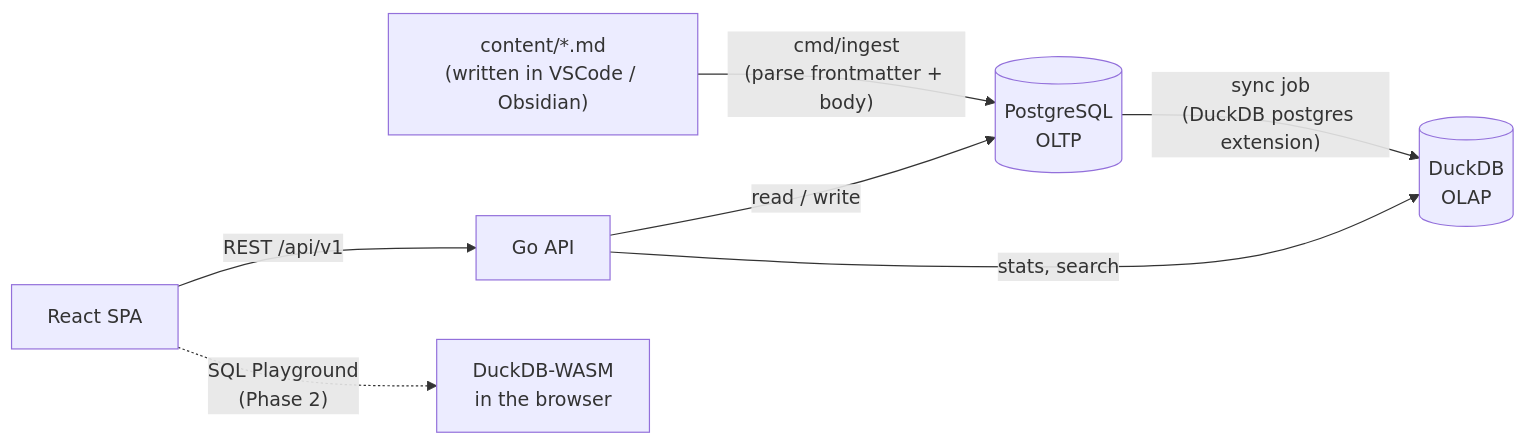
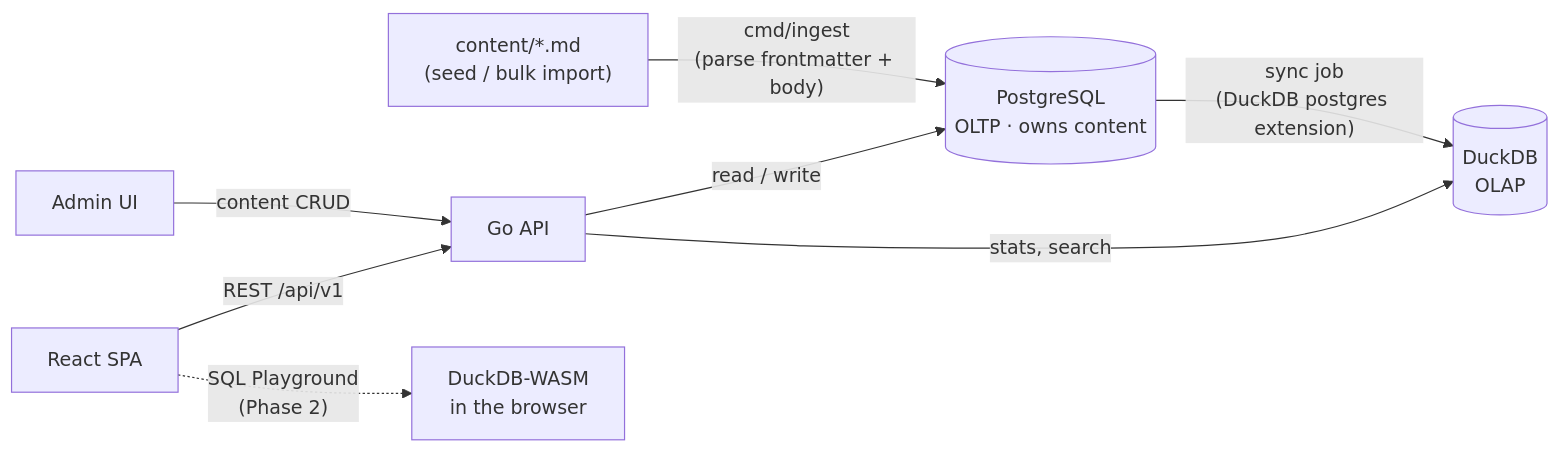
The diagram in docs/architecture.md (tommytoichoi/Knowledge-DE-HUB), drawn with Mermaid before and after one commit. The commit also changed other lines of this file and 27 other files, not shown here.

````diff
--- a/docs/architecture.md
+++ b/docs/architecture.md
@@ -31,9 +31,10 @@
 ```mermaid
 flowchart LR
-    MD["content/*.md<br/>(written in VSCode / Obsidian)"] -->|"cmd/ingest<br/>(parse frontmatter + body)"| PG[("PostgreSQL<br/>OLTP")]
+    MD["content/*.md<br/>(seed / bulk import)"] -->|"cmd/ingest<br/>(parse frontmatter + body)"| PG[("PostgreSQL<br/>OLTP · owns content")]
+    ADM["Admin UI"] -->|"content CRUD"| API
     FE["React SPA"] -->|"REST /api/v1"| API["Go API"]
     API -->|"read / write"| PG
     PG -->|"sync job<br/>(DuckDB postgres extension)"| DDB[("DuckDB<br/>OLAP")]
     API -->|"stats, search"| DDB
     FE -.->|"SQL Playground<br/>(Phase 2)"| WASM["DuckDB-WASM<br/>in the browser"]
 ```
````
